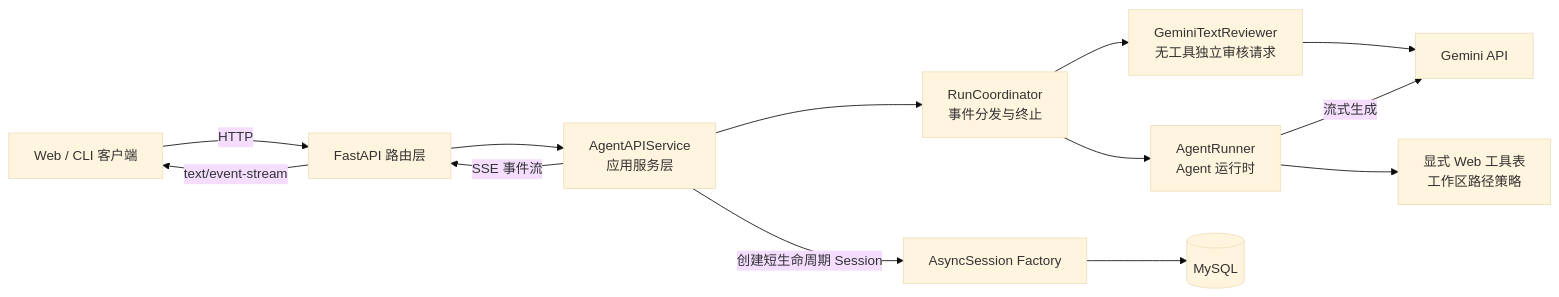
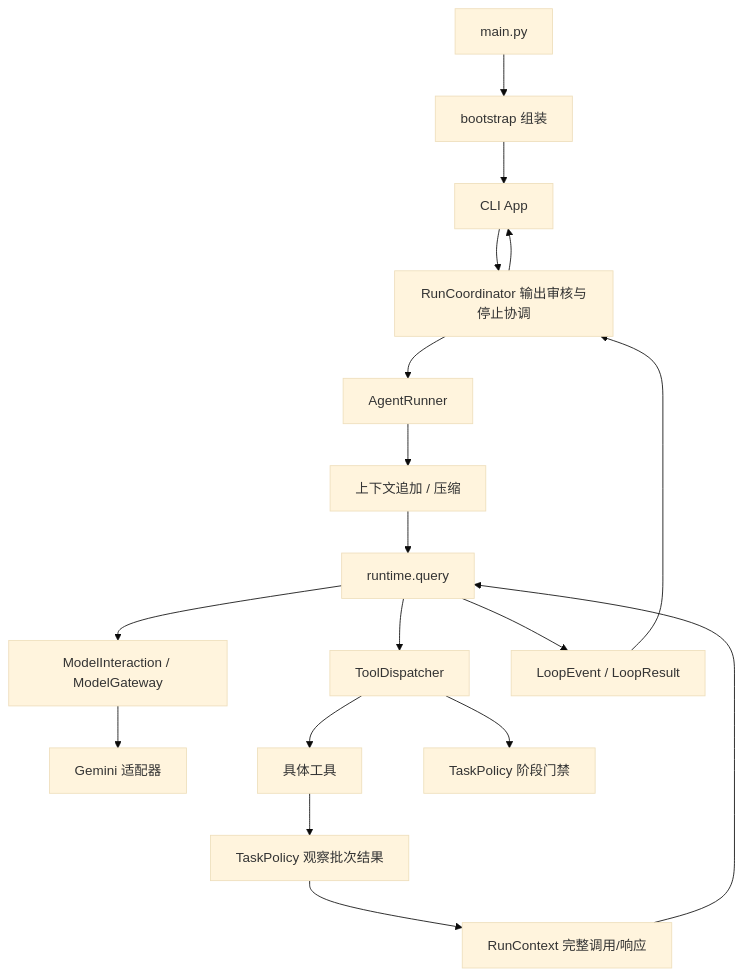
Before and after one commit to kuonyuma/agent-service: the diagram in docs/architecture.md, drawn with Mermaid (base theme). The commit also changed other lines of this file and 169 other files, not shown here.

First line of the commit message:
feat!: 重构 Agent 架构并移除 Web 链路

````diff
--- a/docs/architecture.md
+++ b/docs/architecture.md
@@ -8,26 +34,20 @@
 ```mermaid
-flowchart LR
-    Web[Web / CLI 客户端]
-    API[FastAPI 路由层]
-    Service[AgentAPIService<br/>应用服务层]
-    Runner[AgentRunner<br/>Agent 运行时]
-    Coordinator[RunCoordinator<br/>事件分发与终止]
-    Safety[GeminiTextReviewer<br/>无工具独立审核请求]
-    Gemini[Gemini API]
-    Tools[显式 Web 工具表<br/>工作区路径策略]
-    Factory[AsyncSession Factory]
-    DB[(MySQL)]
-
-    Web -->|HTTP| API
-    API --> Service
-    Service -->|创建短生命周期 Session| Factory
-    Factory --> DB
-    Service --> Coordinator
-    Coordinator --> Runner
-    Coordinator --> Safety
-    Safety --> Gemini
-    Runner -->|流式生成| Gemini
-    Runner --> Tools
-    Service -->|SSE 事件流| API
-    API -->|text/event-stream| Web
+flowchart TD
+    Main[main.py] --> Boot[bootstrap 组装]
+    Boot --> CLI[CLI App]
+    CLI --> Coord[RunCoordinator 输出审核与停止协调]
+    Coord --> Runner[AgentRunner]
+    Runner --> Context[上下文追加 / 压缩]
+    Context --> Loop[runtime.query]
+    Loop --> Model[ModelInteraction / ModelGateway]
+    Model --> Gemini[Gemini 适配器]
+    Loop --> Dispatch[ToolDispatcher]
+    Dispatch --> Tools[具体工具]
+    Dispatch --> Policy[TaskPolicy 阶段门禁]
+    Tools --> Observe[TaskPolicy 观察批次结果]
+    Observe --> History[RunContext 完整调用/响应]
+    History --> Loop
+    Loop --> Events[LoopEvent / LoopResult]
+    Events --> Coord
+    Coord --> CLI
 ```
````
